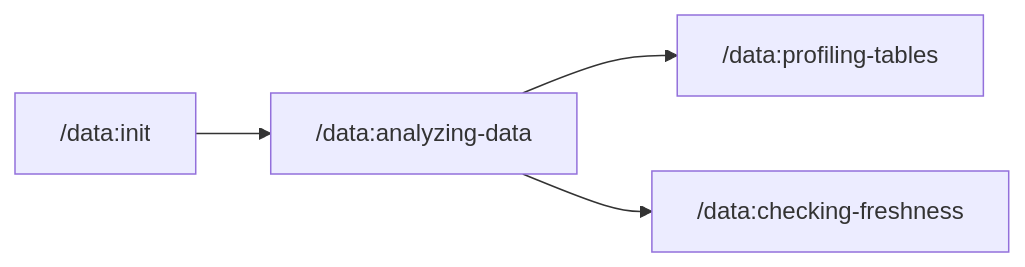
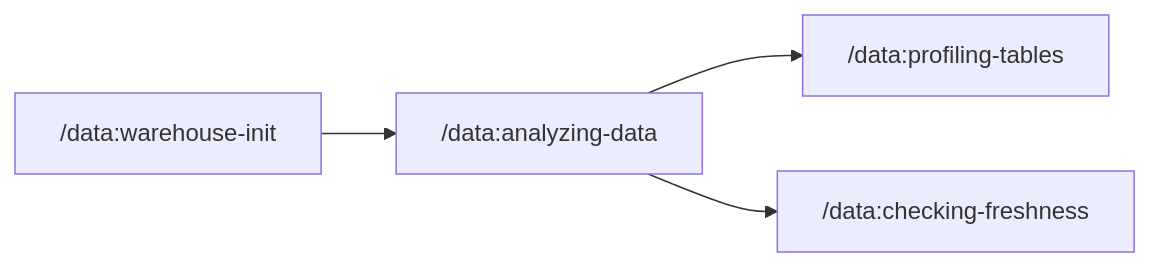
Before and after one commit to astronomer/agents: the first of 2 diagrams in README.md, drawn with Mermaid. The commit also changed other lines of this file and 1 other file, not shown here.

First line of the commit message:
Rename init skill to warehouse-init (#114)

````diff
--- a/README.md
+++ b/README.md
@@ -206,6 +206,6 @@
 ```mermaid
 flowchart LR
-    init["/data:init"] --> analyzing["/data:analyzing-data"]
+    init["/data:warehouse-init"] --> analyzing["/data:analyzing-data"]
     analyzing --> profiling["/data:profiling-tables"]
     analyzing --> freshness["/data:checking-freshness"]
 ```
````
